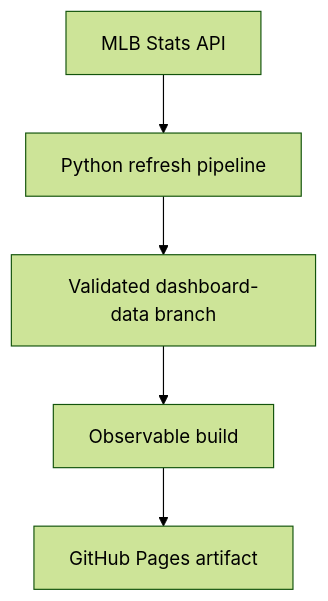
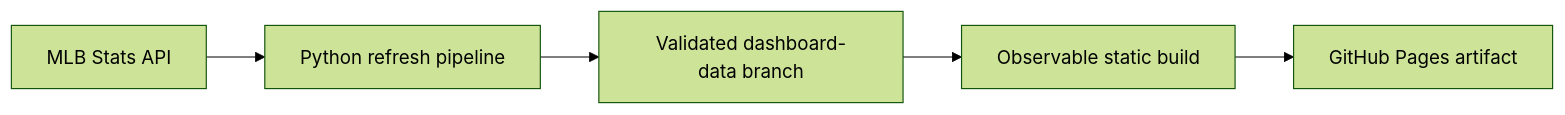
The diagram in README.md (TomoyaKanno/mlb_pitch_dashboard), drawn with Mermaid (forest theme) before and after one commit. The commit also changed other lines of this file and 32 other files, not shown here.

Commit message:
Simplify dashboard architecture and tests

````diff
--- a/README.md
+++ b/README.md
@@ -36,7 +20,7 @@
 ```mermaid
-flowchart TD
+flowchart LR
     A["MLB Stats API"] --> B["Python refresh pipeline"]
     B --> C["Validated dashboard-data branch"]
-    C --> D["Observable build"]
+    C --> D["Observable static build"]
     D --> E["GitHub Pages artifact"]
 ```
````
